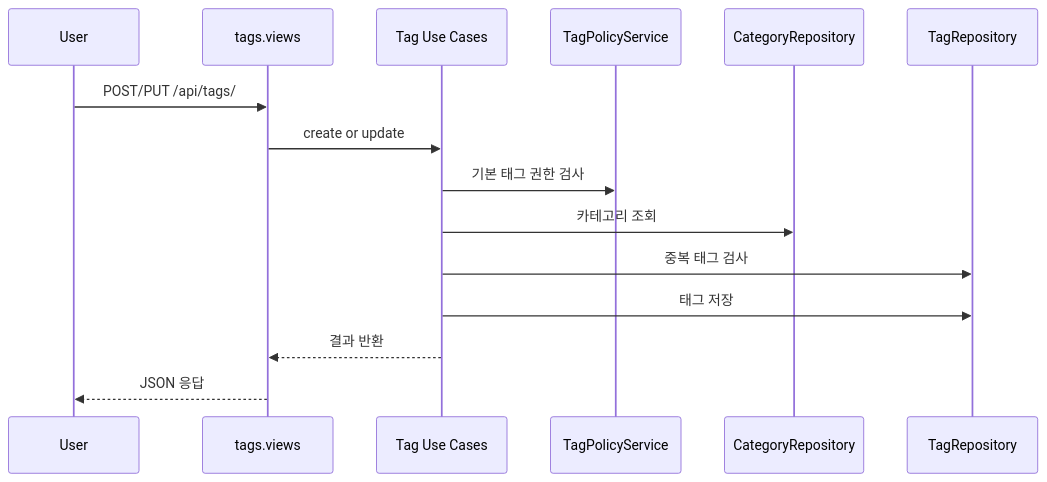
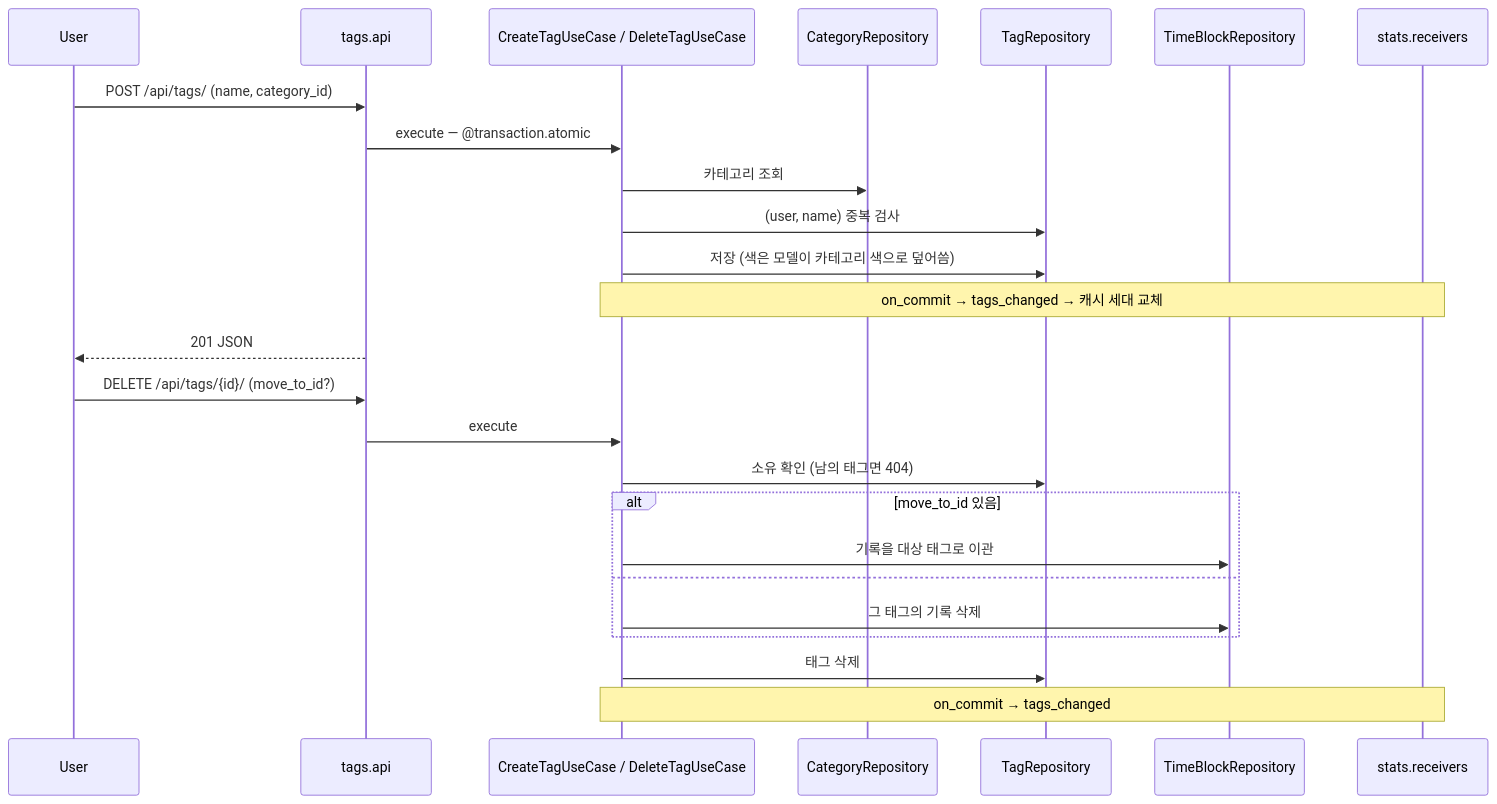
The second of 3 diagrams in lifeDiary/docs/architecture/2026-04-21_business-logic-and-architecture-guide.md (youngroknroll/life_diary), drawn with Mermaid before and after one commit. The commit also changed other lines of this file and 1 other file, not shown here.

First line of the commit message:
docs(architecture): 비즈니스 로직·아키텍처 가이드를 2026-10-08 코드 기준으로 갱신한다

````diff
--- a/lifeDiary/docs/architecture/2026-04-21_business-logic-and-architecture-guide.md
+++ b/lifeDiary/docs/architecture/2026-04-21_business-logic-and-architecture-guide.md
@@ -246,18 +322,29 @@
 ```mermaid
 sequenceDiagram
     participant U as User
-    participant V as tags.views
-    participant UC as Tag Use Cases
-    participant DS as TagPolicyService
+    participant A as tags.api
+    participant UC as CreateTagUseCase / DeleteTagUseCase
     participant CR as CategoryRepository
     participant TR as TagRepository
+    participant TBR as TimeBlockRepository
+    participant S as stats.receivers
 
-    U->>V: POST/PUT /api/tags/
-    V->>UC: create or update
-    UC->>DS: 기본 태그 권한 검사
+    U->>A: POST /api/tags/ (name, category_id)
+    A->>UC: execute — @transaction.atomic
     UC->>CR: 카테고리 조회
-    UC->>TR: 중복 태그 검사
-    UC->>TR: 태그 저장
-    UC-->>V: 결과 반환
-    V-->>U: JSON 응답
+    UC->>TR: (user, name) 중복 검사
+    UC->>TR: 저장 (색은 모델이 카테고리 색으로 덮어씀)
+    Note over UC,S: on_commit → tags_changed → 캐시 세대 교체
+    A-->>U: 201 JSON
+
+    U->>A: DELETE /api/tags/{id}/ (move_to_id?)
+    A->>UC: execute
+    UC->>TR: 소유 확인 (남의 태그면 404)
+    alt move_to_id 있음
+        UC->>TBR: 기록을 대상 태그로 이관
+    else
+        UC->>TBR: 그 태그의 기록 삭제
+    end
+    UC->>TR: 태그 삭제
+    Note over UC,S: on_commit → tags_changed
 ```
````
